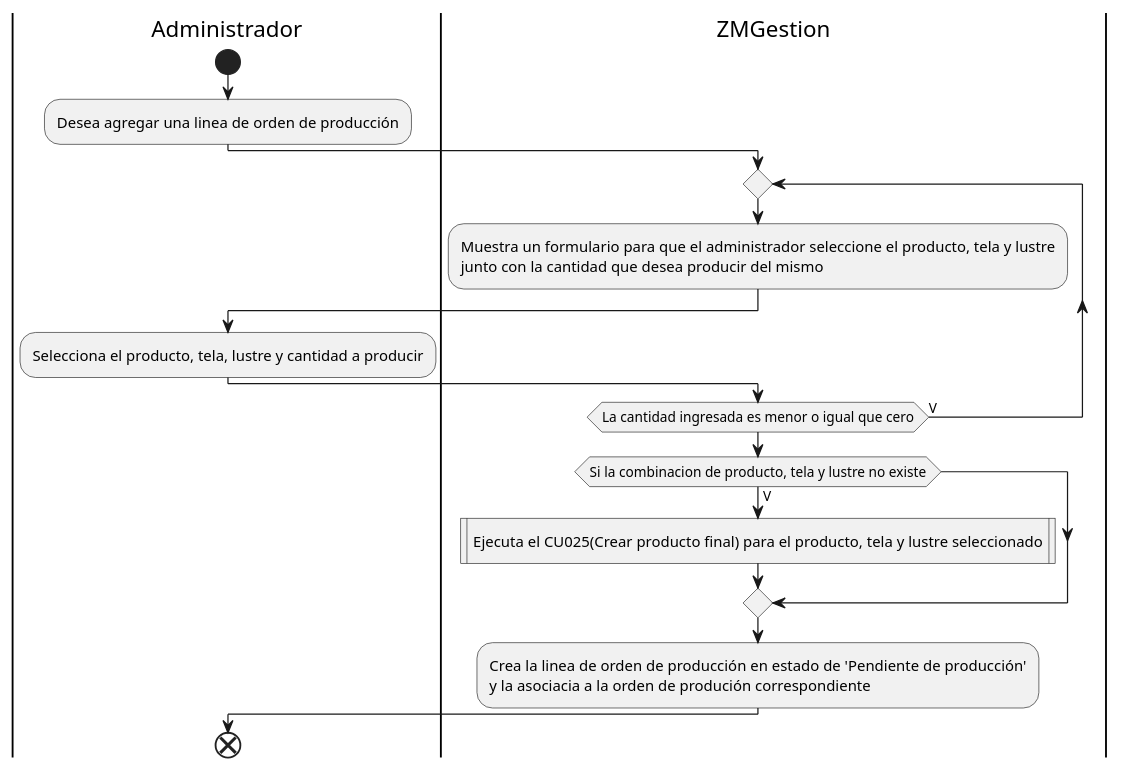
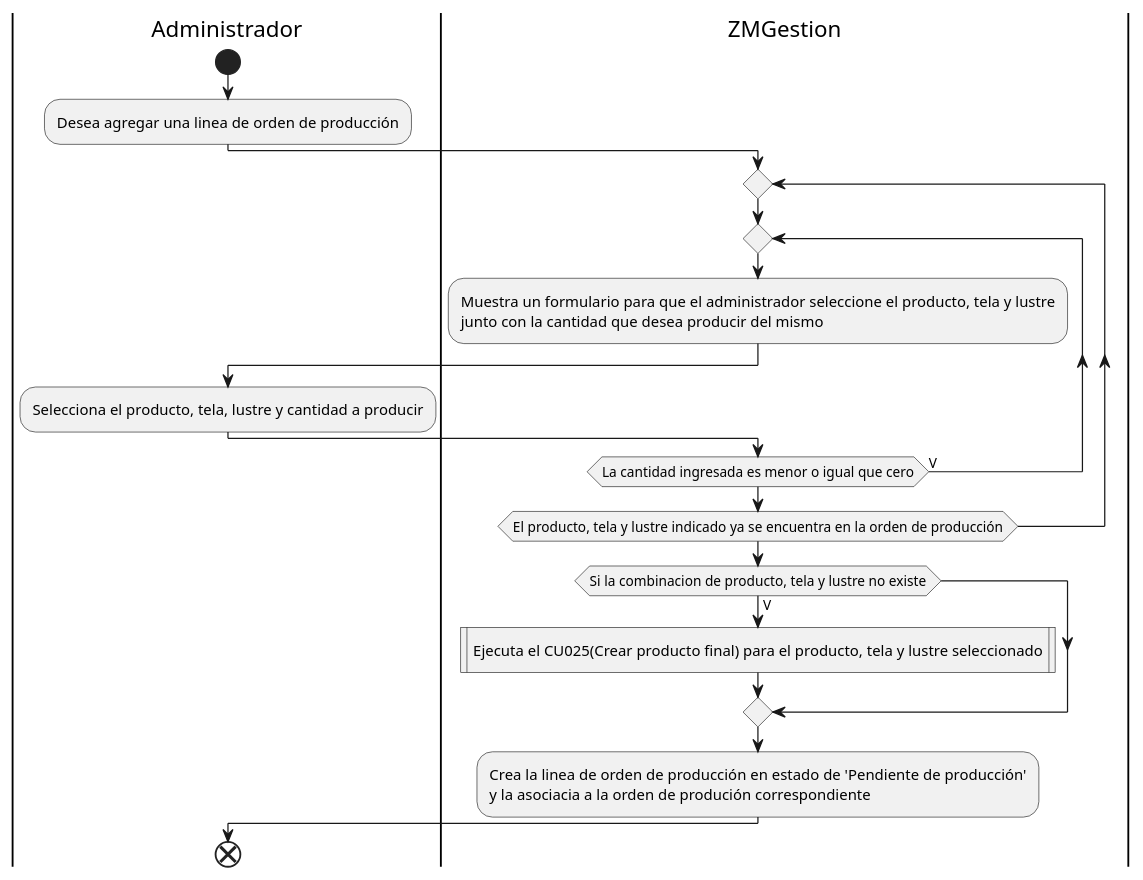
One commit to ZMGestion/DocumentacionZMGestion changed diagram 15 of 29 in DiagramasActividad/DiagramaDeActividad.puml. Above: the diagram before and after it, drawn with PlantUML. The commit also changed 11 other files, not shown here.

```diff
--- a/DiagramasActividad/DiagramaDeActividad.puml
+++ b/DiagramasActividad/DiagramaDeActividad.puml
@@ -285,21 +285,23 @@
 @startuml crearLineaOrdenProduccion
 |Administrador|
 start 
 :Desea agregar una linea de orden de producción;
 |ZMGestion|
+repeat
 repeat
 :Muestra un formulario para que el administrador seleccione el producto, tela y lustre
 junto con la cantidad que desea producir del mismo;
 |Administrador|
 :Selecciona el producto, tela, lustre y cantidad a producir;
 |ZMGestion|
 repeat while (La cantidad ingresada es menor o igual que cero) is (V)
+repeat while (El producto, tela y lustre indicado ya se encuentra en la orden de producción)
 if(Si la combinacion de producto, tela y lustre no existe) then (V)
 :Ejecuta el CU025(Crear producto final) para el producto, tela y lustre seleccionado|
 endif
 :Crea la linea de orden de producción en estado de 'Pendiente de producción' 
 y la asociacia a la orden de produción correspondiente;
 |Administrador|
 end
 
 @enduml
```
